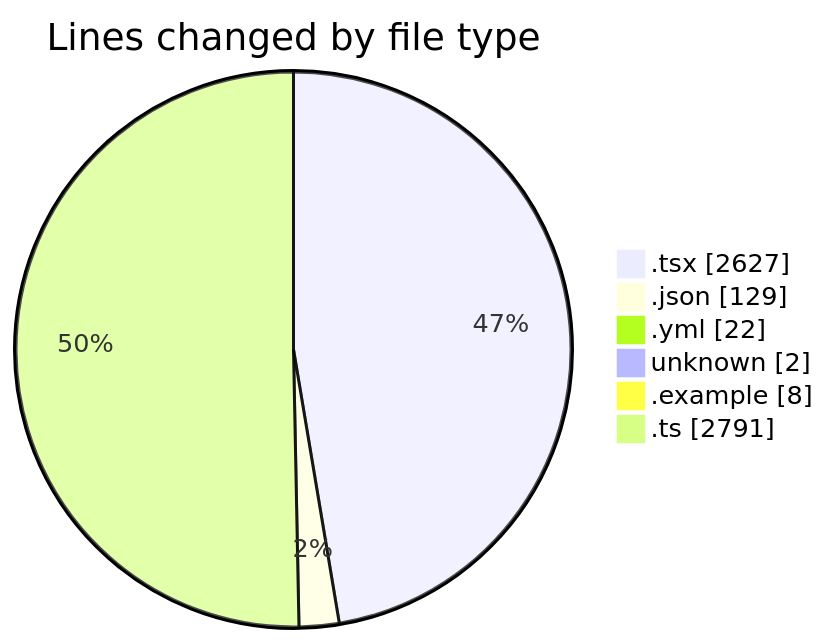
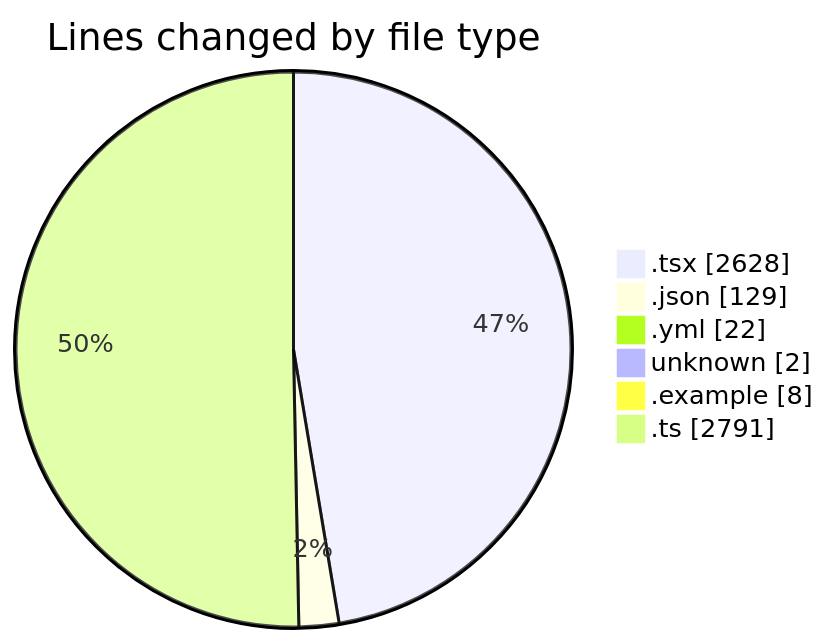
The first of 2 diagrams in 2025-11-21/eventscop-frontend-guide__workspace_/README.md (julien-gomy/code-tracking), drawn with Mermaid before and after one commit. The commit also changed other lines of this file and 1 other file, not shown here.

````diff
--- a/2025-11-21/eventscop-frontend-guide__workspace_/README.md
+++ b/2025-11-21/eventscop-frontend-guide__workspace_/README.md
@@ -59,10 +59,10 @@
 ```mermaid
 pie showData
 title Lines changed by file type
-".tsx" : 2627
+".tsx" : 2628
 ".json" : 129
 ".yml" : 22
 "unknown" : 2
 ".example" : 8
 ".ts" : 2791
 ```
````
